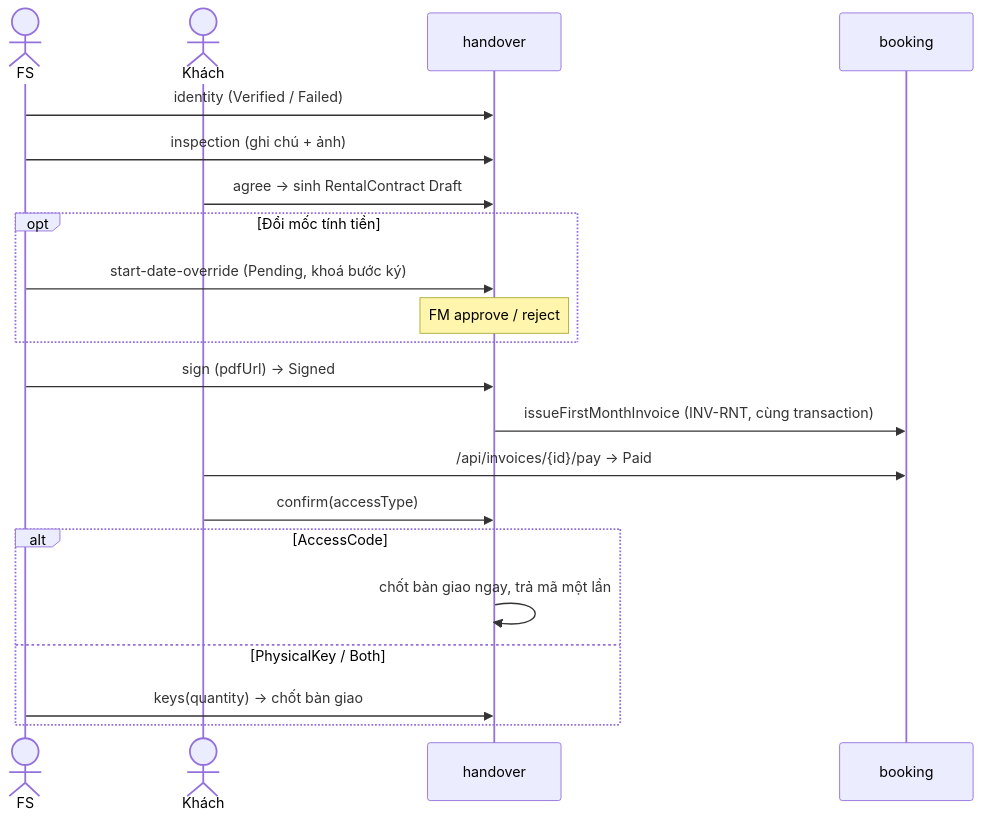
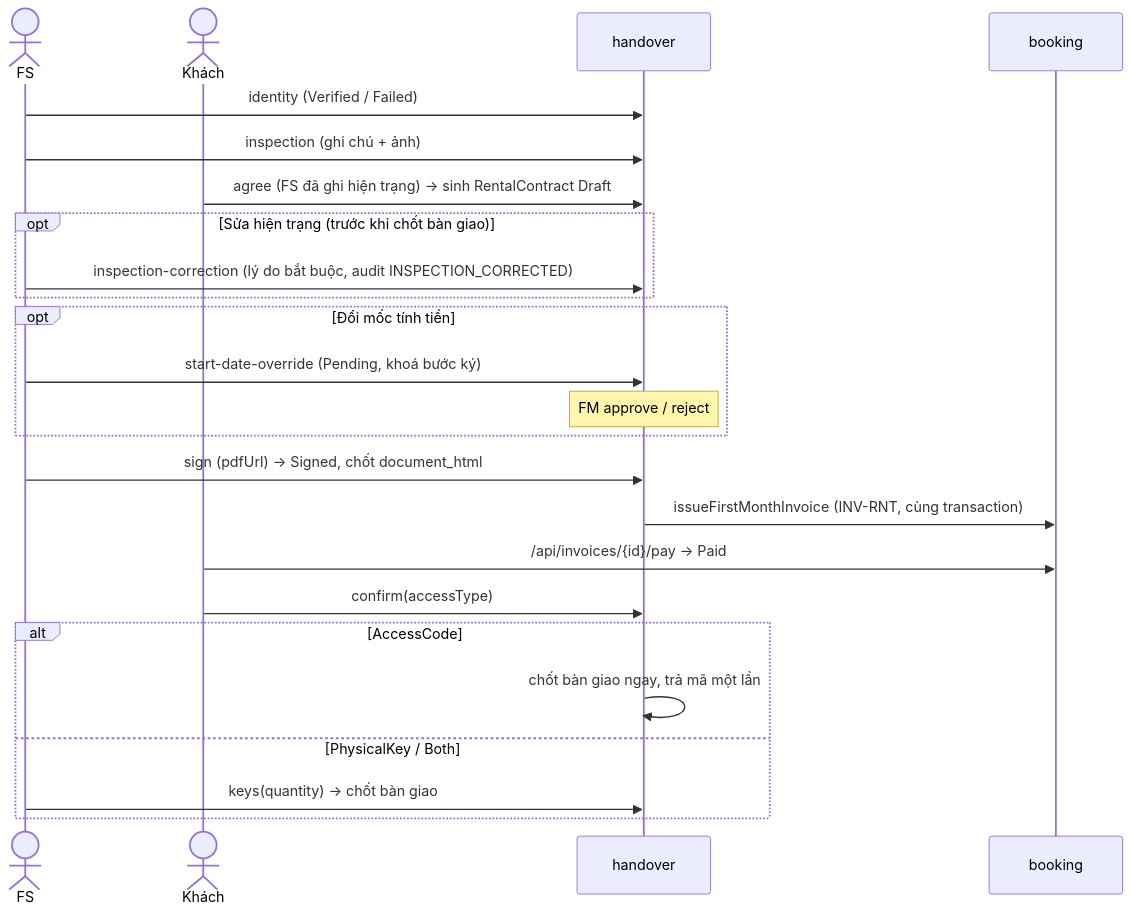
The diagram in backend/docs/handover/records.md (BiBo364/self-storage), drawn with Mermaid before and after one commit. The commit also changed other lines of this file and 133 other files, not shown here.

````diff
--- a/backend/docs/handover/records.md
+++ b/backend/docs/handover/records.md
@@ -13,23 +14,26 @@
 ```mermaid
 sequenceDiagram
     actor FS
     actor K as Khách
     participant H as handover
     participant B as booking
     FS->>H: identity (Verified / Failed)
     FS->>H: inspection (ghi chú + ảnh)
-    K->>H: agree → sinh RentalContract Draft
+    K->>H: agree (FS đã ghi hiện trạng) → sinh RentalContract Draft
+    opt Sửa hiện trạng (trước khi chốt bàn giao)
+        FS->>H: inspection-correction (lý do bắt buộc, audit INSPECTION_CORRECTED)
+    end
     opt Đổi mốc tính tiền
         FS->>H: start-date-override (Pending, khoá bước ký)
         Note over H: FM approve / reject
     end
-    FS->>H: sign (pdfUrl) → Signed
+    FS->>H: sign (pdfUrl) → Signed, chốt document_html
     H->>B: issueFirstMonthInvoice (INV-RNT, cùng transaction)
     K->>B: /api/invoices/{id}/pay → Paid
     K->>H: confirm(accessType)
     alt AccessCode
         H->>H: chốt bàn giao ngay, trả mã một lần
     else PhysicalKey / Both
         FS->>H: keys(quantity) → chốt bàn giao
     end
 ```
````
